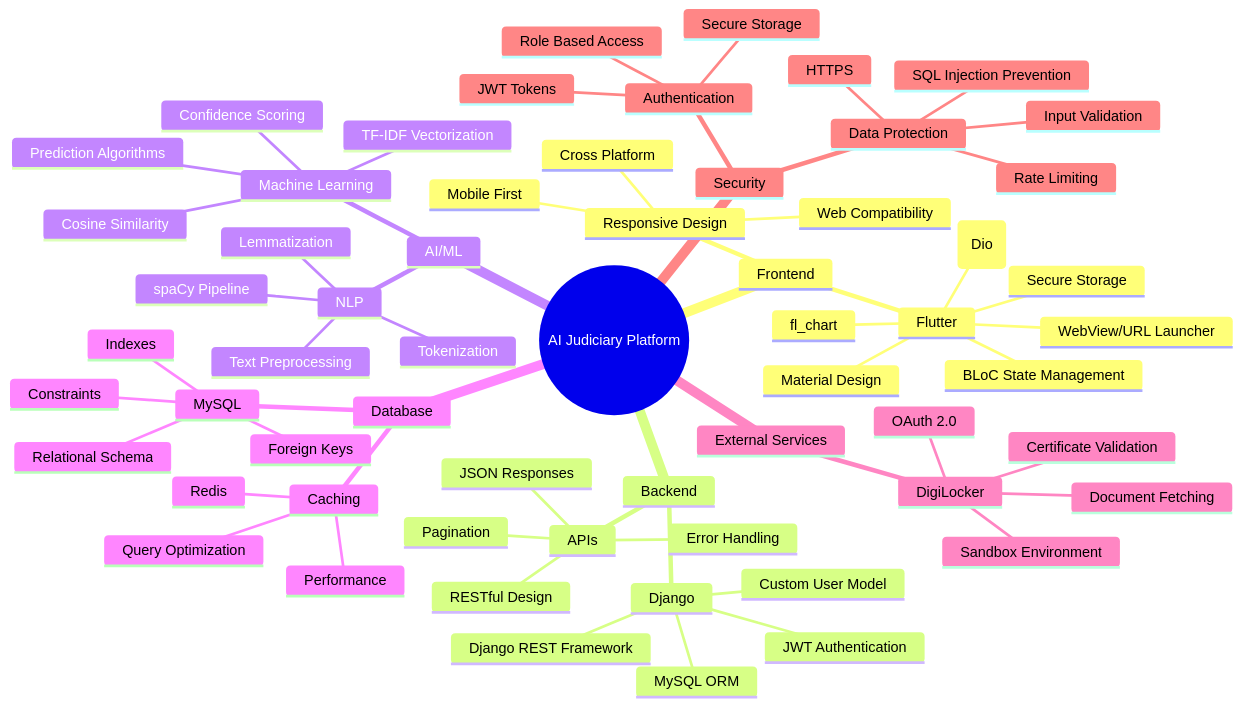
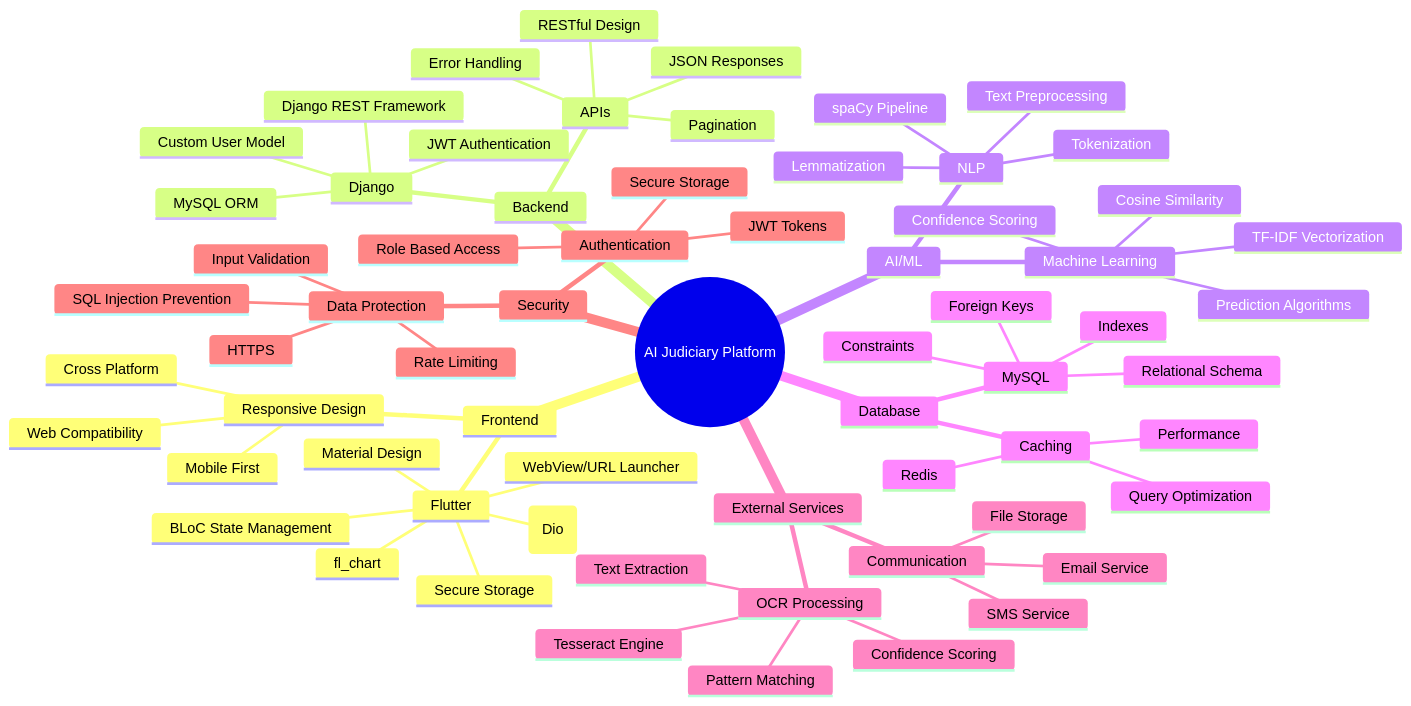
One commit to Nachiket2004/Judiciary_System changed the tenth of 14 diagrams in .kiro/specs/ai-judiciary-platform/architecture-diagrams.md. Above: the diagram before and after it, drawn with Mermaid. The commit also changed other lines of this file, not shown here.

Commit message:
Digi changes

````diff
--- a/.kiro/specs/ai-judiciary-platform/architecture-diagrams.md
+++ b/.kiro/specs/ai-judiciary-platform/architecture-diagrams.md
@@ -532,64 +551,68 @@
 ```mermaid
 mindmap
   root((AI Judiciary Platform))
     Frontend
       Flutter
         Material Design
         BLoC State Management
         fl_chart
         HTTP Client (Dio)
         Secure Storage
         WebView/URL Launcher
       Responsive Design
         Mobile First
         Web Compatibility
         Cross Platform
     Backend
       Django
         Django REST Framework
         JWT Authentication
         Custom User Model
         MySQL ORM
       APIs
         RESTful Design
         JSON Responses
         Pagination
         Error Handling
     AI/ML
       NLP
         spaCy Pipeline
         Text Preprocessing
         Tokenization
         Lemmatization
       Machine Learning
         TF-IDF Vectorization
         Cosine Similarity
         Prediction Algorithms
         Confidence Scoring
     Database
       MySQL
         Relational Schema
         Foreign Keys
         Indexes
         Constraints
       Caching
         Redis
         Query Optimization
         Performance
     External Services
-      DigiLocker
-        OAuth 2.0
-        Certificate Validation
-        Document Fetching
-        Sandbox Environment
+      OCR Processing
+        Tesseract Engine
+        Text Extraction
+        Pattern Matching
+        Confidence Scoring
+      Communication
+        Email Service
+        SMS Service
+        File Storage
     Security
       Authentication
         JWT Tokens
         Role Based Access
         Secure Storage
       Data Protection
         Input Validation
         SQL Injection Prevention
         HTTPS
         Rate Limiting
 ```
````
